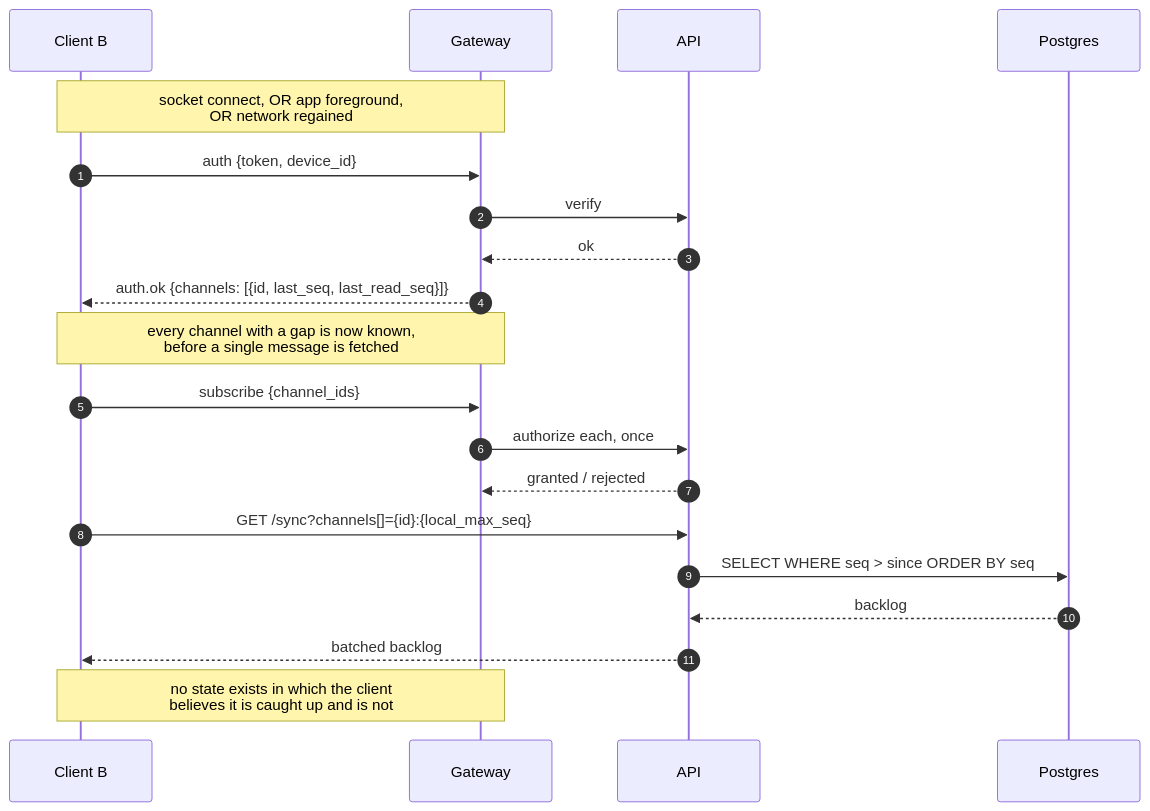
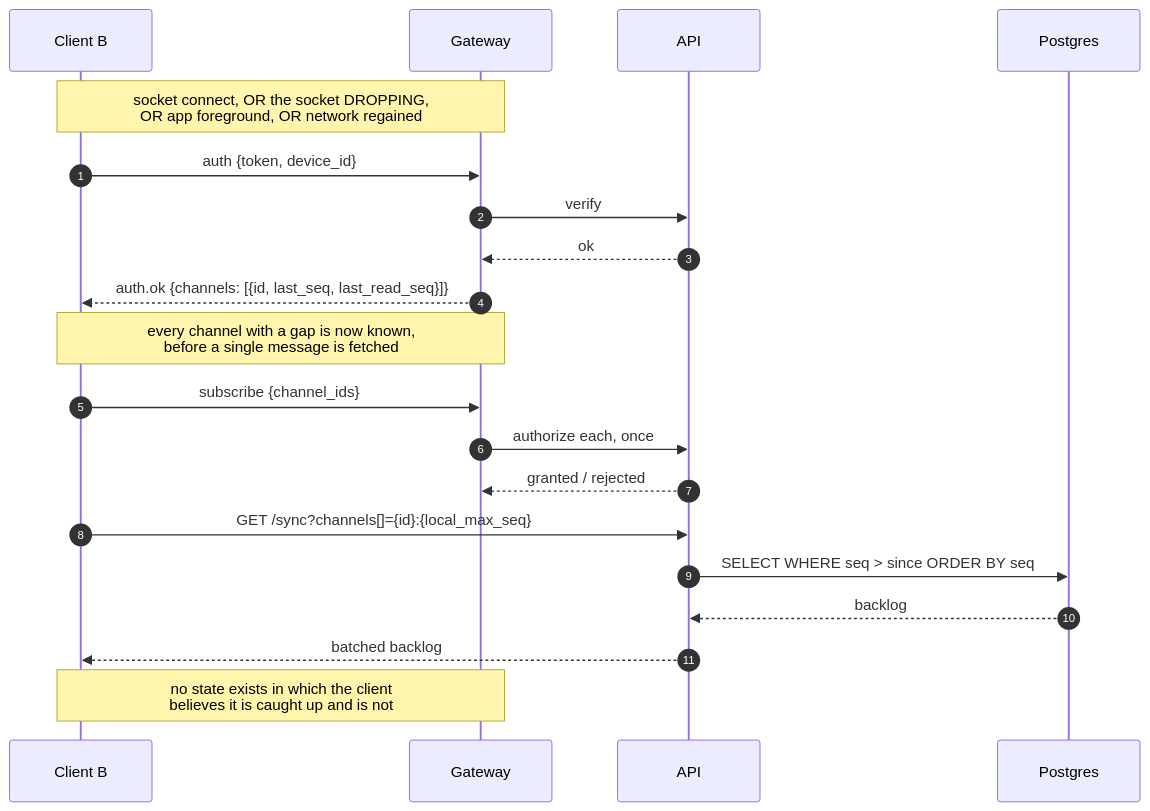
The fourth of 6 diagrams in SPEC/TECH/17-diagrams.md (parks3131/ClubChat-Remastered), drawn with Mermaid before and after one commit. The commit also changed other lines of this file and 8 other files, not shown here.

````diff
--- a/SPEC/TECH/17-diagrams.md
+++ b/SPEC/TECH/17-diagrams.md
@@ -194,23 +194,23 @@
 ```mermaid
 sequenceDiagram
     autonumber
     participant B as Client B
     participant G as Gateway
     participant API as API
     participant PG as Postgres
 
-    Note over B,G: socket connect, OR app foreground,<br/>OR network regained
+    Note over B,G: socket connect, OR the socket DROPPING,<br/>OR app foreground, OR network regained
     B->>G: auth {token, device_id}
     G->>API: verify
     API-->>G: ok
     G-->>B: auth.ok {channels: [{id, last_seq, last_read_seq}]}
     Note over B,G: every channel with a gap is now known,<br/>before a single message is fetched
     B->>G: subscribe {channel_ids}
     G->>API: authorize each, once
     API-->>G: granted / rejected
     B->>API: GET /sync?channels[]={id}:{local_max_seq}
     API->>PG: SELECT WHERE seq > since ORDER BY seq
     PG-->>API: backlog
     API-->>B: batched backlog
     Note over B,G: no state exists in which the client<br/>believes it is caught up and is not
 ```
````
